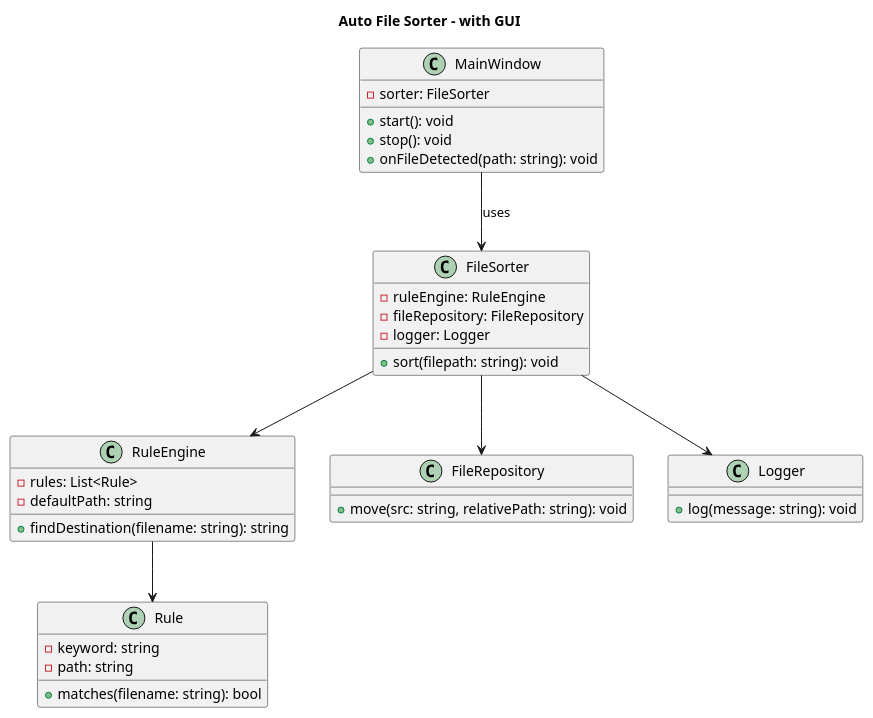
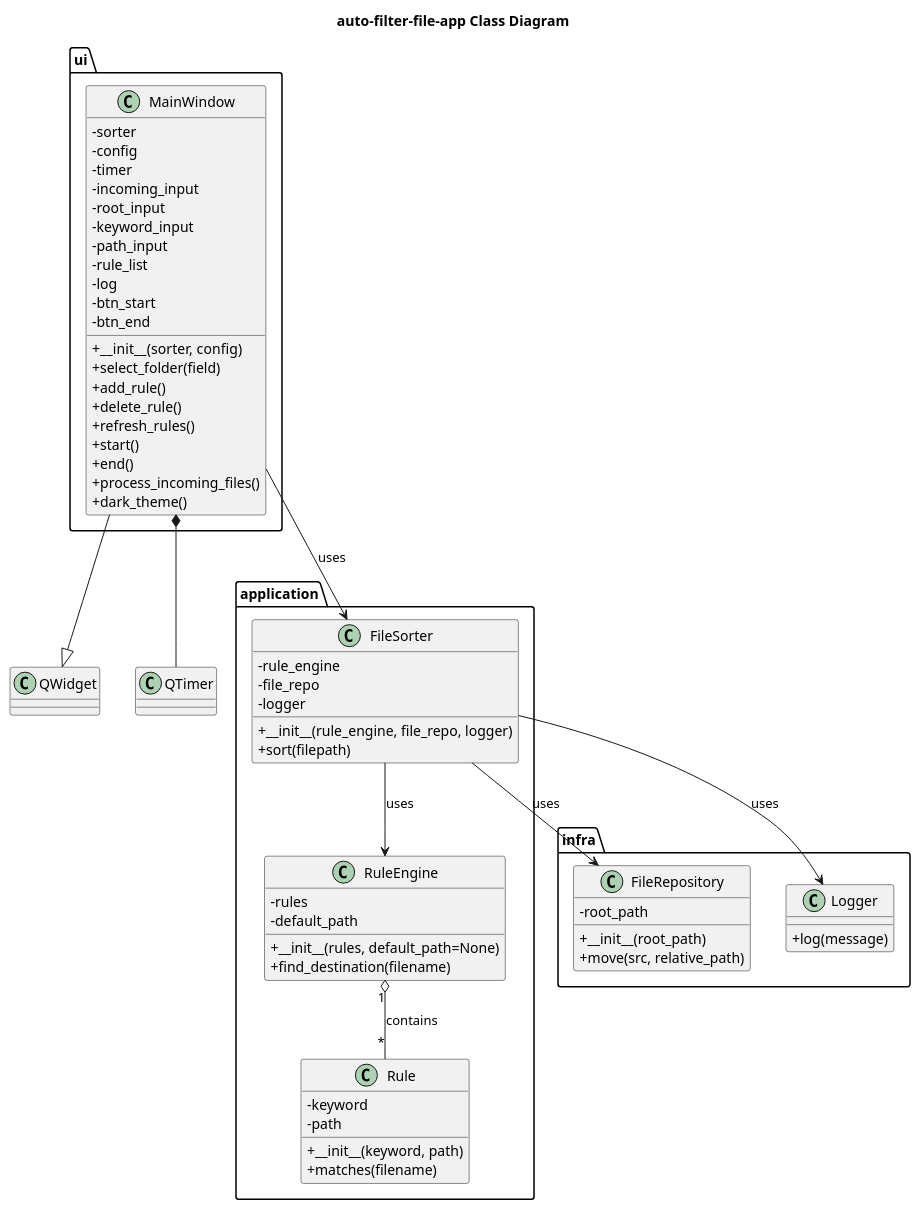
Before and after one commit to kaito-yamasaki/auto-filter-file-app: the diagram in documents/class_diagram.pu, drawn with PlantUML.

Commit message:
docs: クラス図の更新とパッケージ構造の整理

```diff
--- a/documents/class_diagram.pu
+++ b/documents/class_diagram.pu
@@ -1,56 +1,79 @@
 @startuml
-title Auto File Sorter - with GUI
+skinparam classAttributeIconSize 0
 
-' =========================
-' GUI（プレゼン層）
-' =========================
-class MainWindow {
-  - sorter: FileSorter
-  + start(): void
-  + stop(): void
-  + onFileDetected(path: string): void
+title auto-filter-file-app Class Diagram
+
+package "application" {
+  class Rule {
+    - keyword
+    - path
+    + __init__(keyword, path)
+    + matches(filename)
+  }
+
+  class RuleEngine {
+    - rules
+    - default_path
+    + __init__(rules, default_path=None)
+    + find_destination(filename)
+  }
+
+  class FileSorter {
+    - rule_engine
+    - file_repo
+    - logger
+    + __init__(rule_engine, file_repo, logger)
+    + sort(filepath)
+  }
 }
 
-' =========================
-' アプリ層
-' =========================
-class FileSorter {
-  - ruleEngine: RuleEngine
-  - fileRepository: FileRepository
-  - logger: Logger
-  + sort(filepath: string): void
+package "infra" {
+  class FileRepository {
+    - root_path
+    + __init__(root_path)
+    + move(src, relative_path)
+  }
+
+  class Logger {
+    + log(message)
+  }
 }
 
-class RuleEngine {
-  - rules: List<Rule>
-  - defaultPath: string
-  + findDestination(filename: string): string
+package "ui" {
+  class MainWindow {
+    - sorter
+    - config
+    - timer
+    - incoming_input
+    - root_input
+    - keyword_input
+    - path_input
+    - rule_list
+    - log
+    - btn_start
+    - btn_end
+    + __init__(sorter, config)
+    + select_folder(field)
+    + add_rule()
+    + delete_rule()
+    + refresh_rules()
+    + start()
+    + end()
+    + process_incoming_files()
+    + dark_theme()
+  }
 }
 
-class Rule {
-  - keyword: string
-  - path: string
-  + matches(filename: string): bool
-}
+class QWidget
+class QTimer
 
-' =========================
-' インフラ層
-' =========================
-class FileRepository {
-  + move(src: string, relativePath: string): void
-}
+MainWindow --|> QWidget
+MainWindow *-- QTimer
+MainWindow --> FileSorter : uses
 
-class Logger {
-  + log(message: string): void
-}
-
-' =========================
-' 関係
-' =========================
-MainWindow --> FileSorter : uses
-FileSorter --> RuleEngine
-FileSorter --> FileRepository
-FileSorter --> Logger
-RuleEngine --> Rule
+RuleEngine "1" o-- "*" Rule : contains
+FileSorter --> RuleEngine : uses
+FileSorter --> FileRepository : uses
+FileSorter --> Logger : uses
 
 @enduml
```
